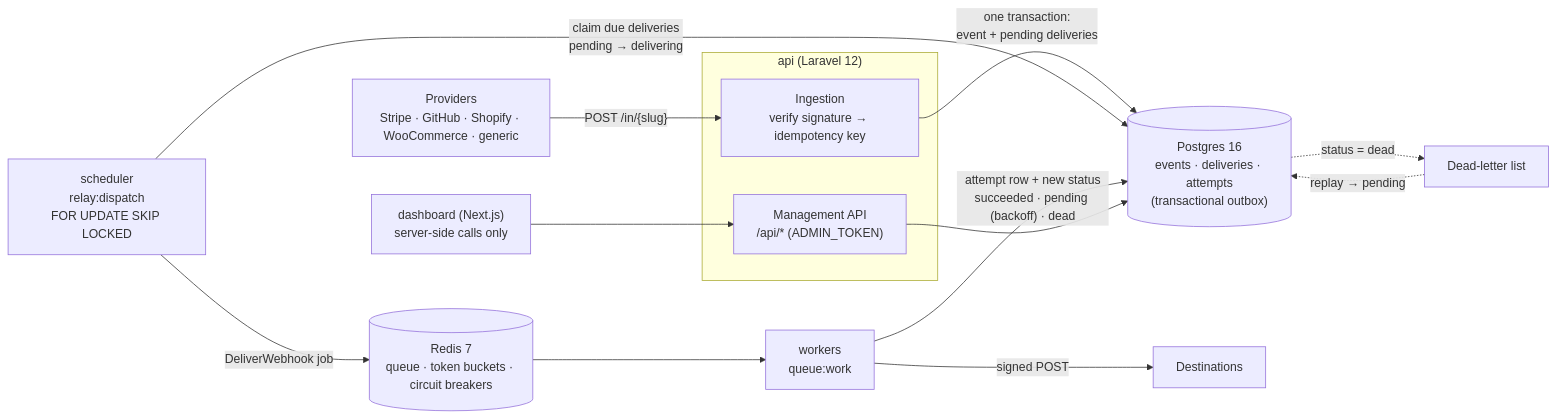
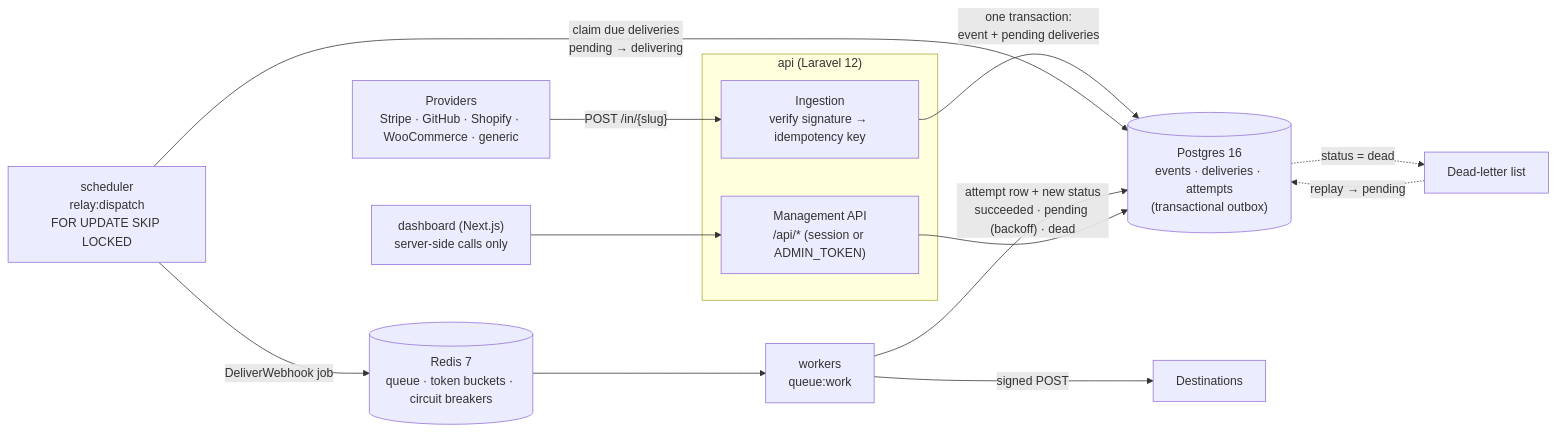
The diagram in README.md (IreDanielOlaPeters/hookrelay), drawn with Mermaid before and after one commit. The commit also changed other lines of this file and 3 other files, not shown here.

````diff
--- a/README.md
+++ b/README.md
@@ -37,23 +52,23 @@
 ```mermaid
 flowchart LR
     P["Providers<br/>Stripe · GitHub · Shopify · WooCommerce · generic"] -->|"POST /in/{slug}"| I
 
     subgraph API["api (Laravel 12)"]
         I["Ingestion<br/>verify signature → idempotency key"]
-        M["Management API<br/>/api/* (ADMIN_TOKEN)"]
+        M["Management API<br/>/api/* (session or ADMIN_TOKEN)"]
     end
 
     I -->|"one transaction:<br/>event + pending deliveries"| PG[("Postgres 16<br/>events · deliveries · attempts<br/>(transactional outbox)")]
 
     S["scheduler<br/>relay:dispatch<br/>FOR UPDATE SKIP LOCKED"] -->|"claim due deliveries<br/>pending → delivering"| PG
     S -->|"DeliverWebhook job"| R[("Redis 7<br/>queue · token buckets · circuit breakers")]
     R --> W["workers<br/>queue:work"]
     W -->|"signed POST"| D["Destinations"]
     W -->|"attempt row + new status<br/>succeeded · pending (backoff) · dead"| PG
 
     PG -.->|"status = dead"| DL["Dead-letter list"]
     DL -.->|"replay → pending"| PG
 
     UI["dashboard (Next.js)<br/>server-side calls only"] --> M
     M --> PG
 ```
````
